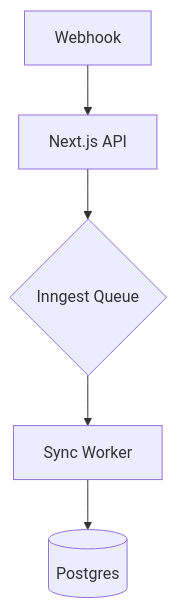
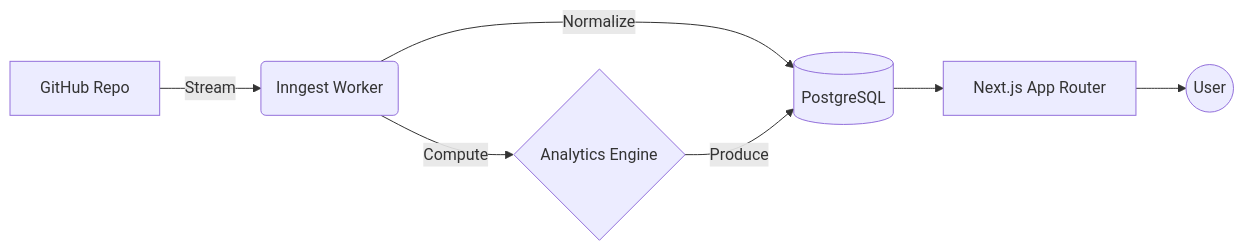
One commit to voidswift/Forge-Lens changed the first of 4 diagrams in README.md. Above: the diagram before and after it, drawn with Mermaid. The commit also changed other lines of this file, not shown here.

````diff
--- a/README.md
+++ b/README.md
@@ -151,7 +33,9 @@
 ```mermaid
-graph TD
-    A[Webhook] --> B[Next.js API]
-    B --> C{Inngest Queue}
-    C --> D[Sync Worker]
-    D --> E[(Postgres)]
+graph LR
+    A[GitHub Repo] -->|Stream| B(Inngest Worker)
+    B -->|Normalize| C[(PostgreSQL)]
+    B -->|Compute| D{Analytics Engine}
+    D -->|Produce| C
+    C --> E[Next.js App Router]
+    E --> F((User))
 ```
````
